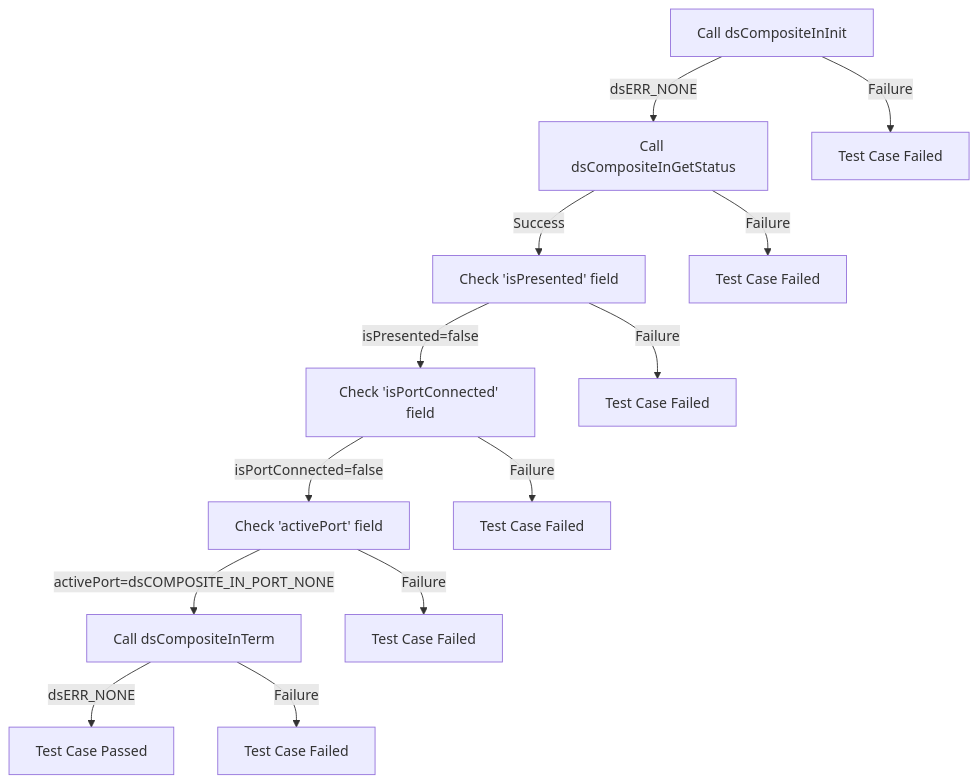
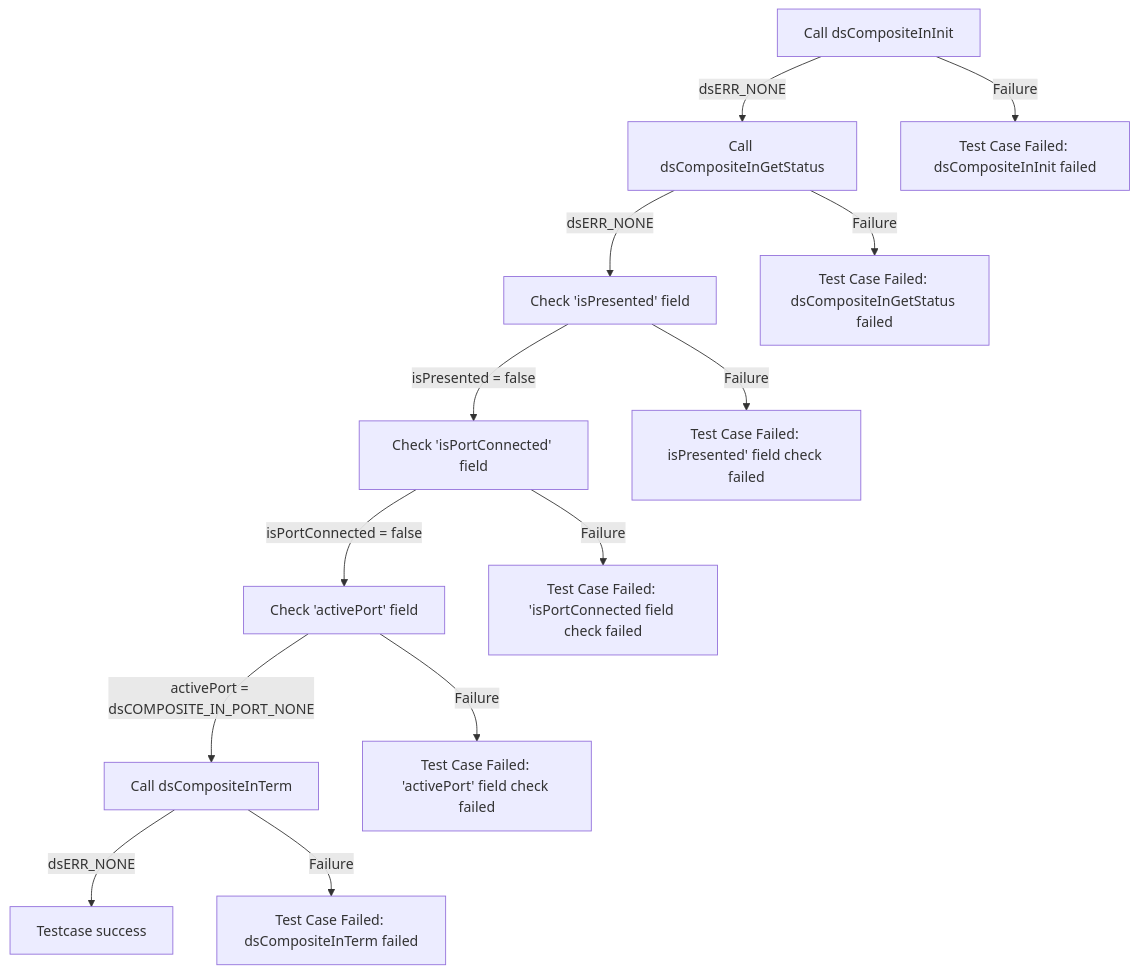
The second of 3 diagrams in docs/pages/dsCompositeIn_L2_Low-Level_TestSpecification.md (rdkcentral/rdk-halif-test-device_settings), drawn with Mermaid before and after one commit. The commit also changed other lines of this file and 6 other files, not shown here.

````diff
--- a/docs/pages/dsCompositeIn_L2_Low-Level_TestSpecification.md
+++ b/docs/pages/dsCompositeIn_L2_Low-Level_TestSpecification.md
@@ -114,15 +114,15 @@
 ```mermaid
 graph TB
-    Step1[Call dsCompositeInInit] -- dsERR_NONE --> Step2[Call dsCompositeInGetStatus]
-    Step1 -- Failure --> Fail1[Test Case Failed]
-    Step2 -- Success --> Step3[Check 'isPresented' field]
-    Step2 -- Failure --> Fail2[Test Case Failed]
-    Step3 -- isPresented=false --> Step4[Check 'isPortConnected' field]
-    Step3 -- Failure --> Fail3[Test Case Failed]
-    Step4 -- isPortConnected=false --> Step5[Check 'activePort' field]
-    Step4 -- Failure --> Fail4[Test Case Failed]
-    Step5 -- activePort=dsCOMPOSITE_IN_PORT_NONE --> Step6[Call dsCompositeInTerm]
-    Step5 -- Failure --> Fail5[Test Case Failed]
-    Step6 -- dsERR_NONE --> End[Test Case Passed]
-    Step6 -- Failure --> Fail6[Test Case Failed]
+    Step1[Call dsCompositeInInit] -->|dsERR_NONE| Step2[Call dsCompositeInGetStatus]
+    Step1 -->|Failure| Fail1[Test Case Failed: dsCompositeInInit failed]
+    Step2 -->|dsERR_NONE| Step3[Check 'isPresented' field]
+    Step2 -->|Failure| Fail2[Test Case Failed: dsCompositeInGetStatus failed]
+    Step3 -->|isPresented = false| Step4[Check 'isPortConnected' field]
+    Step3 -->|Failure| Fail3[Test Case Failed: isPresented' field check failed]
+    Step4 -->|isPortConnected = false| Step5[Check 'activePort' field]
+    Step4 -->|Failure| Fail4[Test Case Failed: 'isPortConnected field check failed]
+    Step5 -->|activePort = dsCOMPOSITE_IN_PORT_NONE| Step6[Call dsCompositeInTerm]
+    Step5 -->|Failure| Fail5[Test Case Failed: 'activePort' field check failed]
+    Step6 -->|dsERR_NONE| Step8[Testcase success]
+    Step6 -->|Failure| Fail6[Test Case Failed: dsCompositeInTerm failed]
 ```
````
